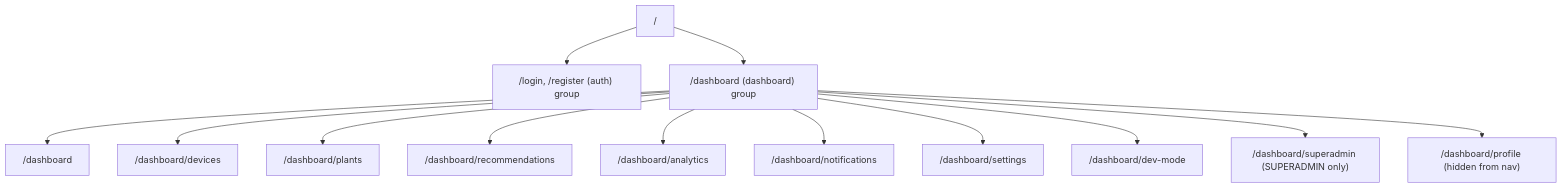
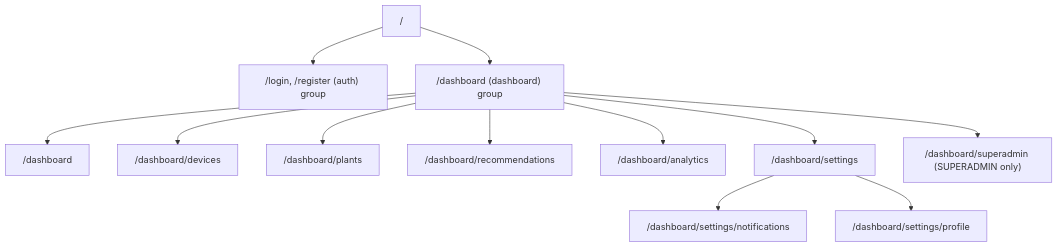
One commit to Capstone2026-E04/Subur.in changed the diagram in docs/frontend/routing.md. Above: the diagram before and after it, drawn with Mermaid. The commit also changed other lines of this file and 3 other files, not shown here.

````diff
--- a/docs/frontend/routing.md
+++ b/docs/frontend/routing.md
@@ -12,15 +12,14 @@
 ```mermaid
 flowchart TD
     Root["/"] --> Login["/login, /register (auth) group"]
     Root --> Dashboard["/dashboard (dashboard) group"]
     Dashboard --> Overview["/dashboard"]
     Dashboard --> Devices["/dashboard/devices"]
     Dashboard --> Plants["/dashboard/plants"]
     Dashboard --> Recommendations["/dashboard/recommendations"]
     Dashboard --> Analytics["/dashboard/analytics"]
-    Dashboard --> Notifications["/dashboard/notifications"]
     Dashboard --> Settings["/dashboard/settings"]
-    Dashboard --> DevMode["/dashboard/dev-mode"]
     Dashboard --> Superadmin["/dashboard/superadmin (SUPERADMIN only)"]
-    Dashboard --> Profile["/dashboard/profile (hidden from nav)"]
+    Settings --> Notifications["/dashboard/settings/notifications"]
+    Settings --> Profile["/dashboard/settings/profile"]
 ```
````
